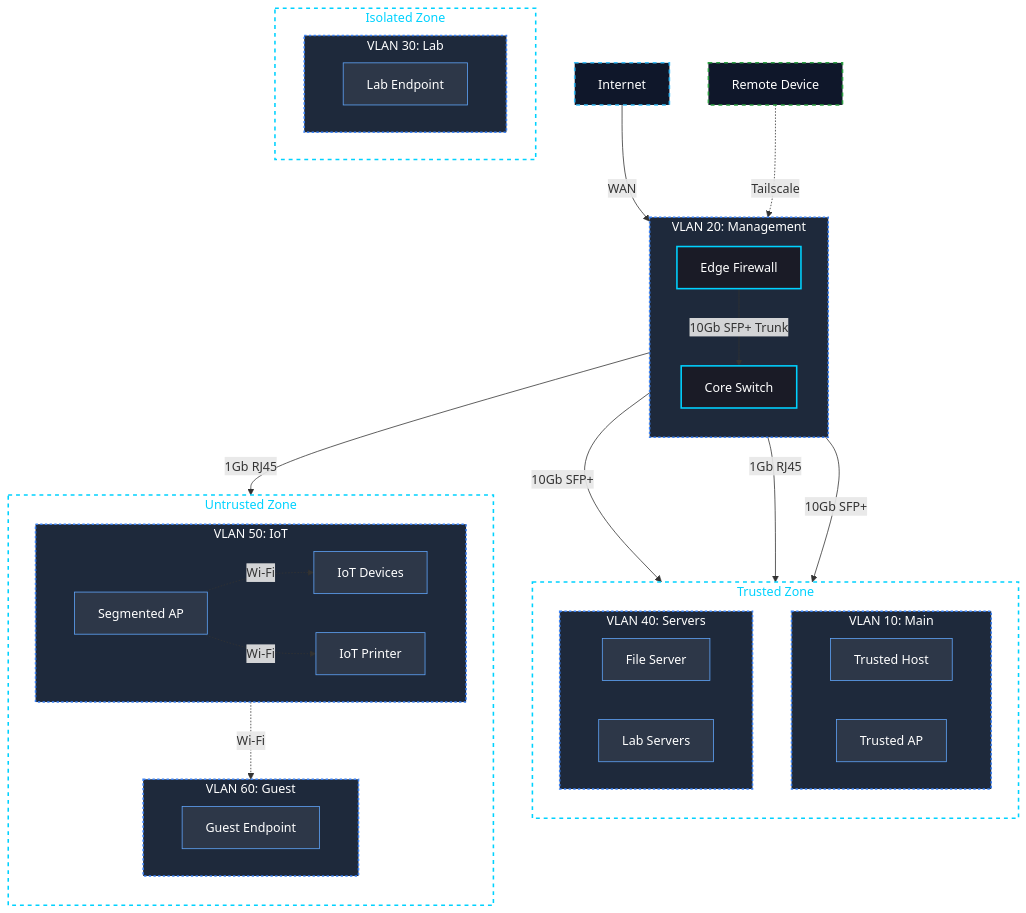
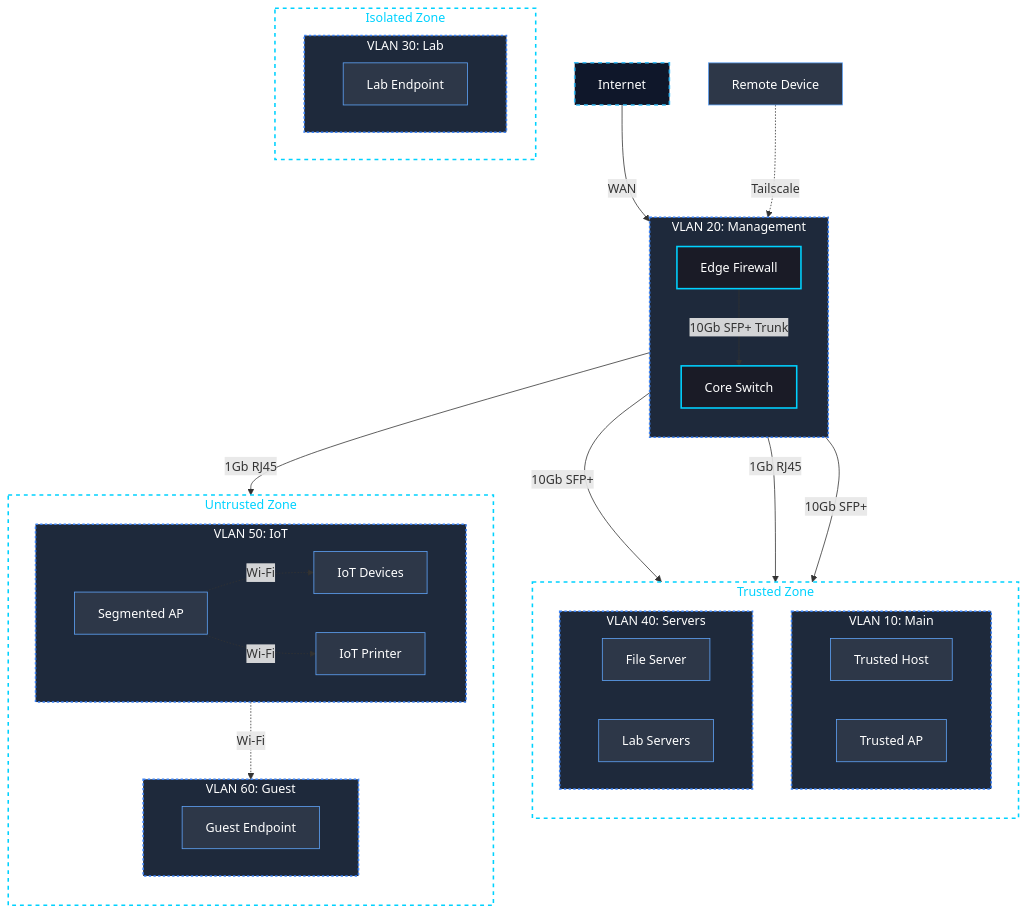
Before and after one commit to gurvinny/home-network-lab: the second of 2 diagrams in README.md, drawn with Mermaid. The commit also changed other lines of this file and 4 other files, not shown here.

First line of the commit message:
docs: standardise mermaid theme — universal class names and consistent hex values

````diff
--- a/README.md
+++ b/README.md
@@ -84,79 +86,78 @@
 ```mermaid
 flowchart TB
     %% Cyber Sec Grey/Blue Theme
     classDef internet fill:#0f172a,stroke:#38bdf8,stroke-width:2px,color:#ffffff,stroke-dasharray: 5 5;
     classDef firewall fill:#1a1b26,stroke:#00d2ff,stroke-width:2px,color:#ffffff;
-    classDef switch fill:#1a1b26,stroke:#00d2ff,stroke-width:2px,color:#ffffff;
     classDef vlan fill:#1e293b,stroke:#3b82f6,stroke-width:2px,stroke-dasharray: 3 3,color:#ffffff;
     classDef device fill:#2d3748,stroke:#60a5fa,stroke-width:1px,color:#ffffff;
     classDef zone fill:#00000000,stroke:#00d2ff,stroke-width:2px,color:#00d2ff,stroke-dasharray: 5 5;
     classDef vpn fill:#0f172a,stroke:#2ea043,stroke-width:2px,color:#ffffff,stroke-dasharray: 5 5;
 
     Internet["Internet"]:::internet -->|"WAN"| EdgeFW["Edge Firewall"]:::firewall
-    RemoteDevice["Remote Device"]:::vpn -.->|"Tailscale"| EdgeFW
+    RemoteDevice["Remote Device"]:::device -.->|"Tailscale"| EdgeFW
 
-    EdgeFW -->|"10Gb SFP+ Trunk"| CoreSW["Core Switch"]:::switch
+    EdgeFW -->|"10Gb SFP+ Trunk"| CoreSW["Core Switch"]:::firewall
 
     subgraph Infrastructure ["VLAN 20: Management"]
         direction TB
         EdgeFW
         CoreSW
     end
     class Infrastructure vlan;
 
     subgraph Trusted_Zone ["Trusted Zone"]
         direction TB
         subgraph VLAN10 ["VLAN 10: Main"]
             direction LR
             TrustedHost["Trusted Host"]:::device
             TrustedAP["Trusted AP"]:::device
         end
         class VLAN10 vlan;
 
         subgraph VLAN40 ["VLAN 40: Servers"]
             direction LR
             FileServer["File Server"]:::device
             LabServers["Lab Servers"]:::device
         end
         class VLAN40 vlan;
     end
     class Trusted_Zone zone;
 
     subgraph Untrusted_Zone ["Untrusted Zone"]
         direction TB
         subgraph VLAN50 ["VLAN 50: IoT"]
             direction LR
             SegmentedAP["Segmented AP"]:::device
             IoTDevices["IoT Devices"]:::device
             IoTPrinter["IoT Printer"]:::device
         end
         class VLAN50 vlan;
 
         subgraph VLAN60 ["VLAN 60: Guest"]
             direction LR
             GuestEndpoint["Guest Endpoint"]:::device
         end
         class VLAN60 vlan;
     end
     class Untrusted_Zone zone;
 
     subgraph Isolated_Zone ["Isolated Zone"]
         subgraph VLAN30 ["VLAN 30: Lab"]
             direction LR
             LabEndpoint["Lab Endpoint"]:::device
         end
         class VLAN30 vlan;
     end
     class Isolated_Zone zone;
 
     %% Physical Connections
     CoreSW -->|"10Gb SFP+"| TrustedHost
     CoreSW -->|"1Gb RJ45"| TrustedAP
     CoreSW -->|"10Gb SFP+"| FileServer
     CoreSW -->|"1Gb RJ45"| SegmentedAP
 
     %% Logical Connections
     SegmentedAP -.->|"Wi-Fi"| IoTDevices
     SegmentedAP -.->|"Wi-Fi"| IoTPrinter
     SegmentedAP -.->|"Wi-Fi"| GuestEndpoint
 ```
````
